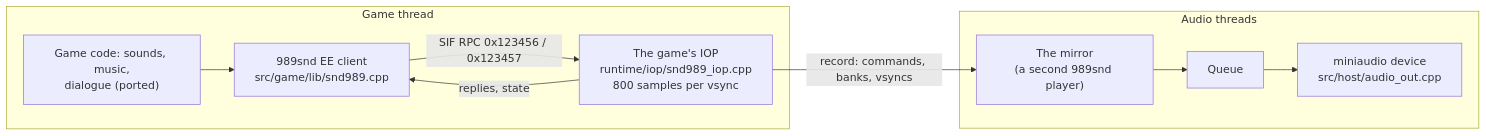
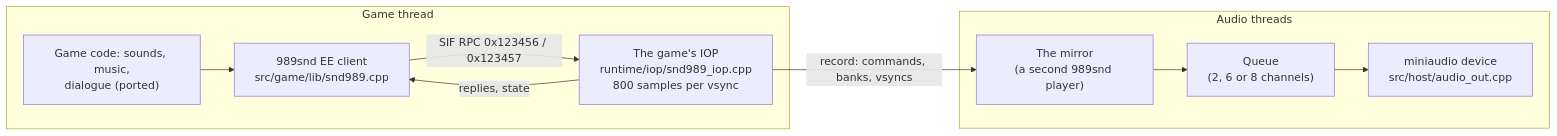
Before and after one commit to MJorink/rac1-native-game: the diagram in docs/audio.md, drawn with Mermaid. The commit also changed other lines of this file and 21 other files, not shown here.

````diff
--- a/docs/audio.md
+++ b/docs/audio.md
@@ -8,12 +8,12 @@
 ```mermaid
 flowchart LR
     subgraph GT["Game thread"]
         G["Game code: sounds, music,<br/>dialogue (ported)"] --> C["989snd EE client<br/>src/game/lib/snd989.cpp"]
         C -->|"SIF RPC 0x123456 / 0x123457"| IOP["The game's IOP<br/>runtime/iop/snd989_iop.cpp<br/>800 samples per vsync"]
         IOP -->|"replies, state"| C
     end
     IOP -->|"record: commands, banks, vsyncs"| MIR
     subgraph AT["Audio threads"]
-        MIR["The mirror<br/>(a second 989snd player)"] --> Q["Queue"] --> DEV["miniaudio device<br/>src/host/audio_out.cpp"]
+        MIR["The mirror<br/>(a second 989snd player)"] --> Q["Queue<br/>(2, 6 or 8 channels)"] --> DEV["miniaudio device<br/>src/host/audio_out.cpp"]
     end
 ```
````
